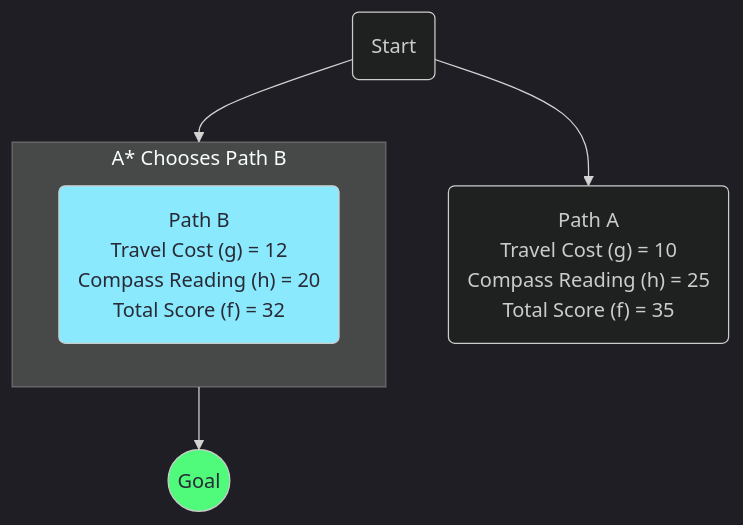
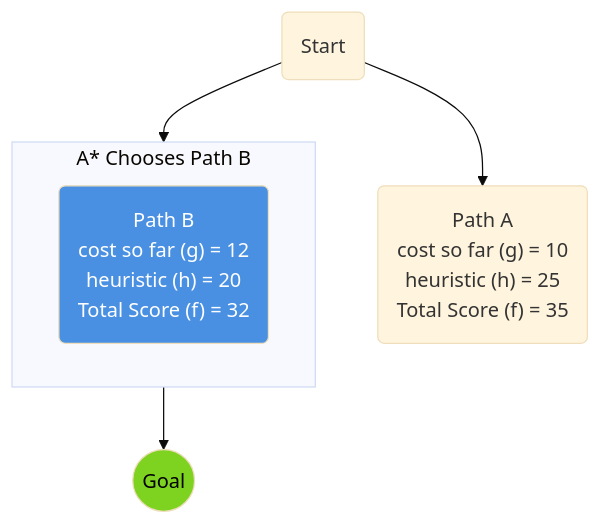
The second of 4 diagrams in _posts/2025-08-08-ai-search-algorithms-a-z.md (eltay89/eltay89.github.io), drawn with Mermaid before and after one commit. The commit also changed other lines of this file, not shown here.

````diff
--- a/_posts/2025-08-08-ai-search-algorithms-a-z.md
+++ b/_posts/2025-08-08-ai-search-algorithms-a-z.md
@@ -95,17 +112,17 @@
 ```mermaid
-%%{ init: { 'theme': 'dark' } }%%
+%%{ init: { 'theme': 'base' } }%%
 graph TD
-    S(Start) --> A("Path A <br> Travel Cost (g) = 10 <br> Compass Reading (h) = 25 <br> Total Score (f) = 35");
-    S --> B("Path B <br> Travel Cost (g) = 12 <br> Compass Reading (h) = 20 <br> Total Score (f) = 32");
+    S(Start) --> A("Path A <br> cost so far (g) = 10 <br> heuristic (h) = 25 <br> Total Score (f) = 35");
+    S --> B("Path B <br> cost so far (g) = 12 <br> heuristic (h) = 20 <br> Total Score (f) = 32");
 
     B --> Goal((Goal));
 
     subgraph "A* Chooses Path B"
-      direction LR
-      B
+        direction LR
+        B
     end
     
-    style B fill:#8be9fd,color:#282a36;
-    classDef goal fill:#50fa7b,color:#282a36;
+    style B fill:#4a90e2,color:#fff;
+    classDef goal fill:#7ed321,color:#000;
     class Goal goal;
 ```
````
